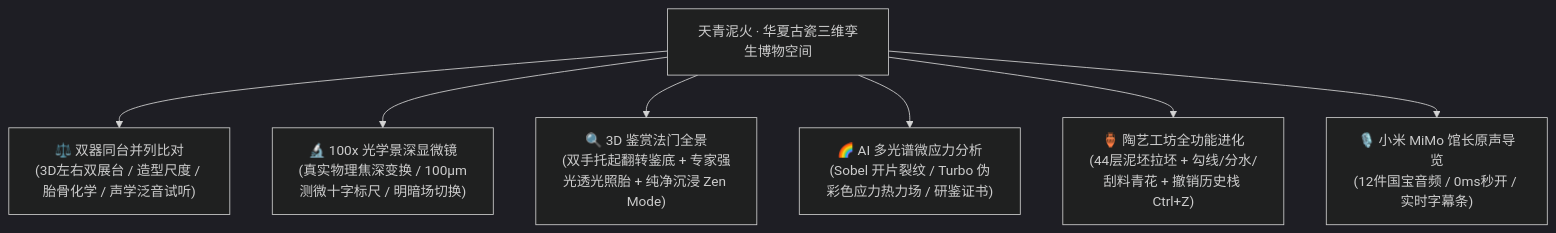
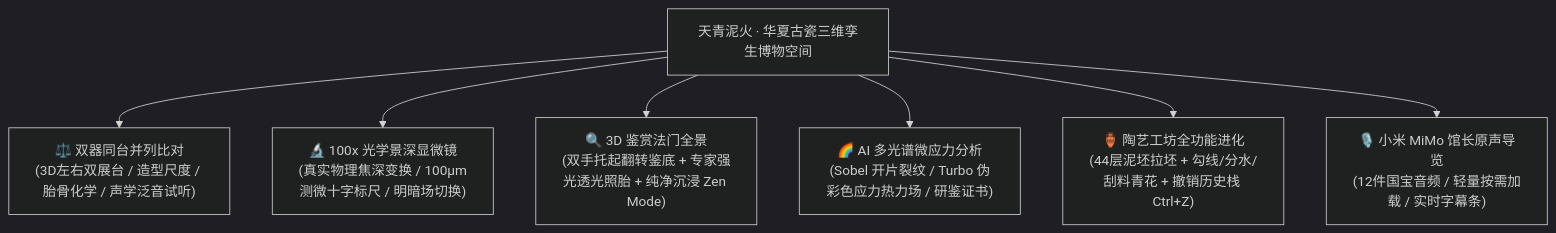
Before and after one commit to SherlockYzz/Memories-of-Chinese-Porcelain-Web: the diagram in README.md, drawn with Mermaid (dark theme). The commit also changed other lines of this file and 4 other files, not shown here.

````diff
--- a/README.md
+++ b/README.md
@@ -74,9 +74,9 @@
 ```mermaid
 flowchart TD
     A["天青泥火 · 华夏古瓷三维孪生博物空间"] --> B["⚖️ 双器同台并列比对<br/>(3D左右双展台 / 造型尺度 / 胎骨化学 / 声学泛音试听)"]
     A --> C["🔬 100x 光学景深显微镜<br/>(真实物理焦深变换 / 100μm测微十字标尺 / 明暗场切换)"]
     A --> D["🔍 3D 鉴赏法门全景<br/>(双手托起翻转鉴底 + 专家强光透光照胎 + 纯净沉浸 Zen Mode)"]
     A --> E["🌈 AI 多光谱微应力分析<br/>(Sobel 开片裂纹 / Turbo 伪彩色应力热力场 / 研鉴证书)"]
     A --> F["🏺 陶艺工坊全功能进化<br/>(44层泥坯拉坯 + 勾线/分水/刮料青花 + 撤销历史栈 Ctrl+Z)"]
-    A --> G["🎙️ 小米 MiMo 馆长原声导览<br/>(12件国宝音频 / 0ms秒开 / 实时字幕条)"]
+    A --> G["🎙️ 小米 MiMo 馆长原声导览<br/>(12件国宝音频 / 轻量按需加载 / 实时字幕条)"]
 ```
````
